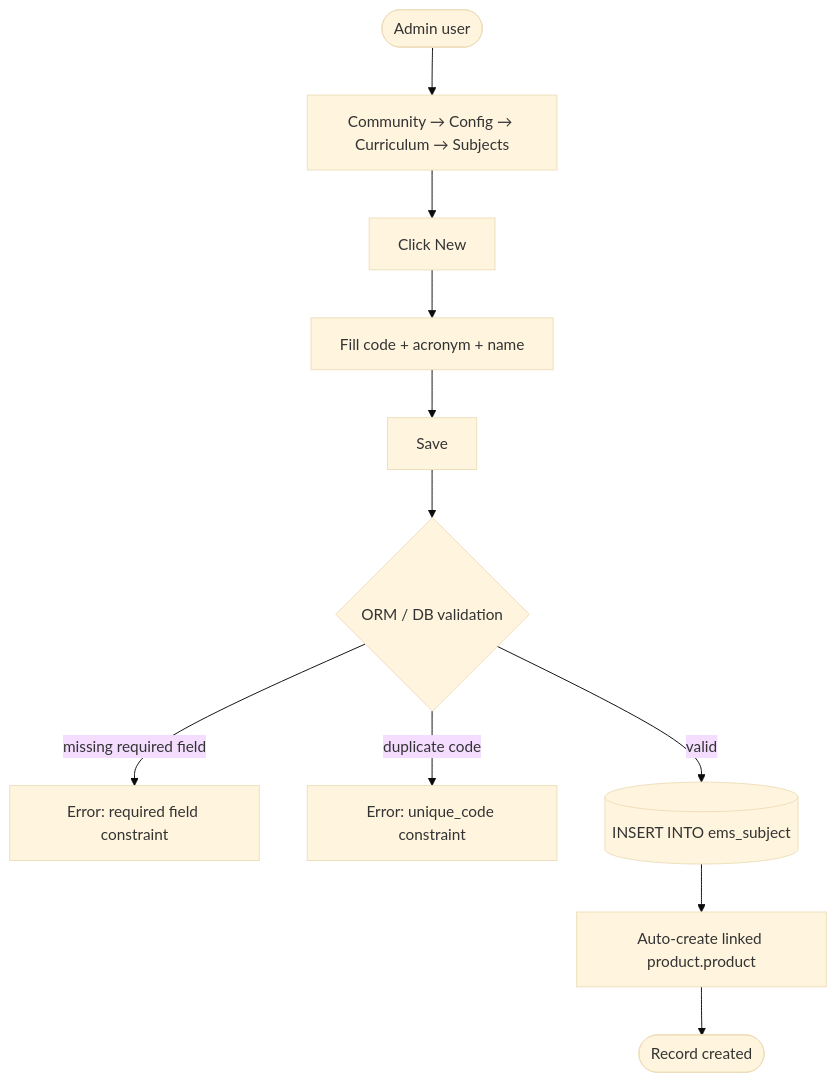
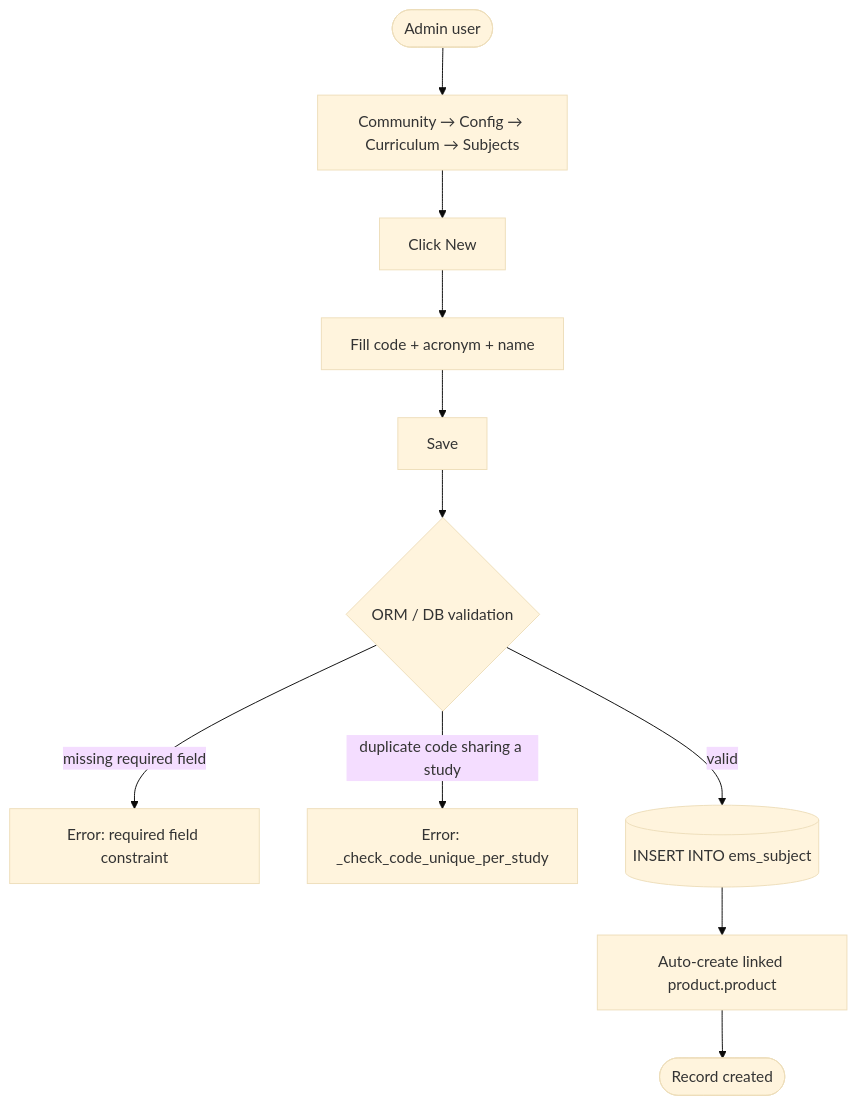
Before and after one commit to ElPuig/EMS: the sixth of 9 diagrams in docs/en/developers/curriculum/subject.md, drawn with Mermaid (base theme). The commit also changed other lines of this file and 63 other files, not shown here.

````diff
--- a/docs/en/developers/curriculum/subject.md
+++ b/docs/en/developers/curriculum/subject.md
@@ -89,13 +132,13 @@
 ```mermaid
 flowchart TD
     A([Admin user]) --> B[Community → Config → Curriculum → Subjects]
     B --> C[Click New]
     C --> D[Fill code + acronym + name]
     D --> E[Save]
     E --> F{ORM / DB validation}
     F -- missing required field --> G[Error: required field constraint]
-    F -- duplicate code --> H[Error: unique_code constraint]
+    F -- duplicate code sharing a study --> H["Error: _check_code_unique_per_study"]
     F -- valid --> I[(INSERT INTO ems_subject)]
     I --> J[Auto-create linked product.product]
     J --> K([Record created])
 ```
````
